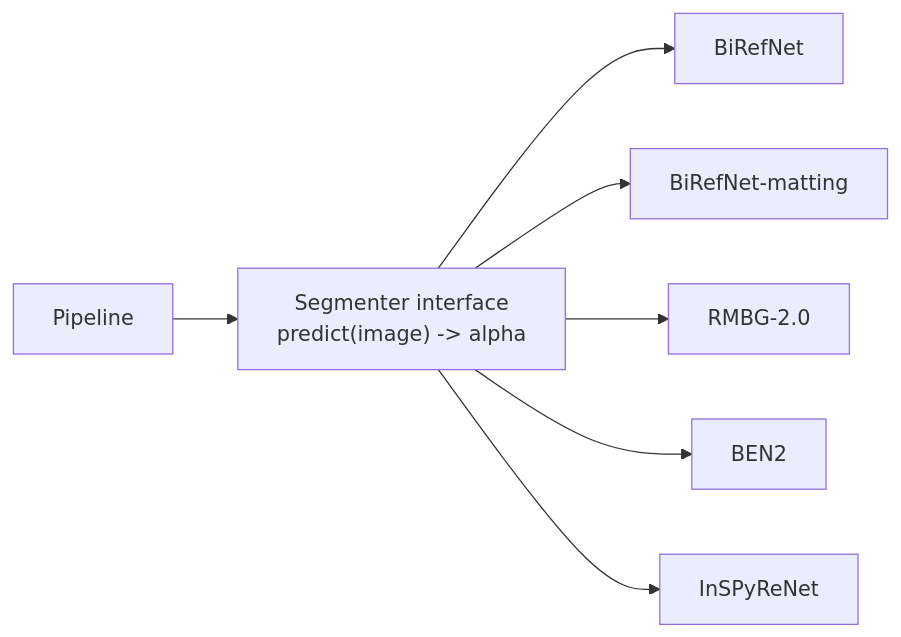
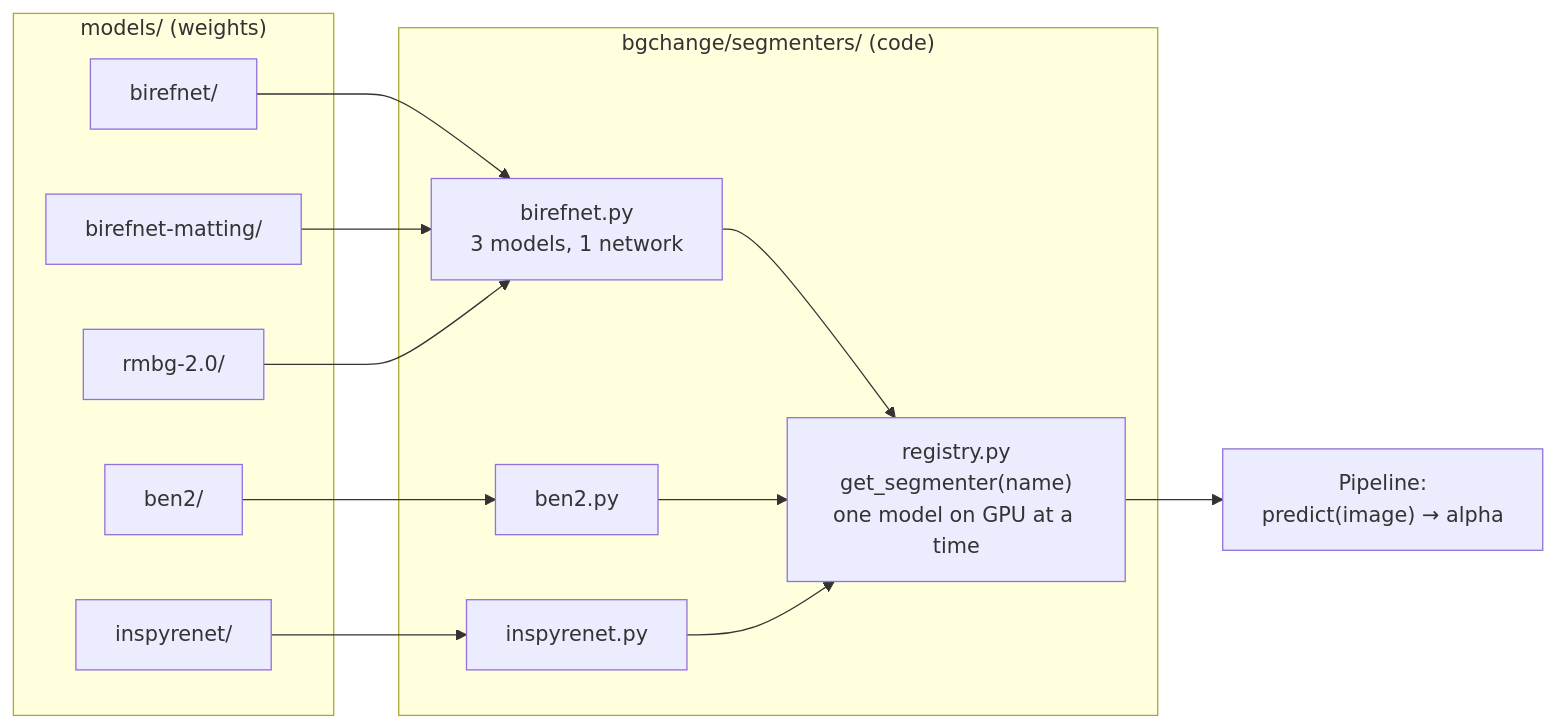
The fourth of 6 diagrams in README.md (Maher-bouchrara/bg-changer-MODELIA), drawn with Mermaid before and after one commit. The commit also changed other lines of this file and 5 other files, not shown here.

First line of the commit message:
Add model registry and check_models script

````diff
--- a/README.md
+++ b/README.md
@@ -202,9 +206,25 @@
 ```mermaid
 flowchart LR
-    P["Pipeline"] --> I["Segmenter interface<br/>predict(image) -> alpha"]
-    I --> M1["BiRefNet"]
-    I --> M2["BiRefNet-matting"]
-    I --> M3["RMBG-2.0"]
-    I --> M4["BEN2"]
-    I --> M5["InSPyReNet"]
+    subgraph disk["models/ (weights)"]
+        W1["birefnet/"]
+        W2["birefnet-matting/"]
+        W3["rmbg-2.0/"]
+        W4["ben2/"]
+        W5["inspyrenet/"]
+    end
+    subgraph code["bgchange/segmenters/ (code)"]
+        A1["birefnet.py<br/>3 models, 1 network"]
+        A2["ben2.py"]
+        A3["inspyrenet.py"]
+        R["registry.py<br/>get_segmenter(name)<br/>one model on GPU at a time"]
+    end
+    W1 --> A1
+    W2 --> A1
+    W3 --> A1
+    W4 --> A2
+    W5 --> A3
+    A1 --> R
+    A2 --> R
+    A3 --> R
+    R --> P["Pipeline:<br/>predict(image) → alpha"]
 ```
````
